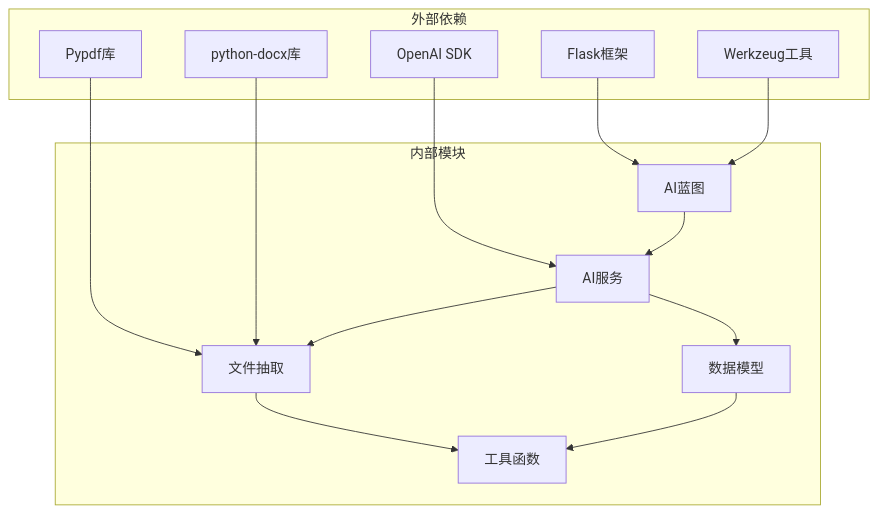
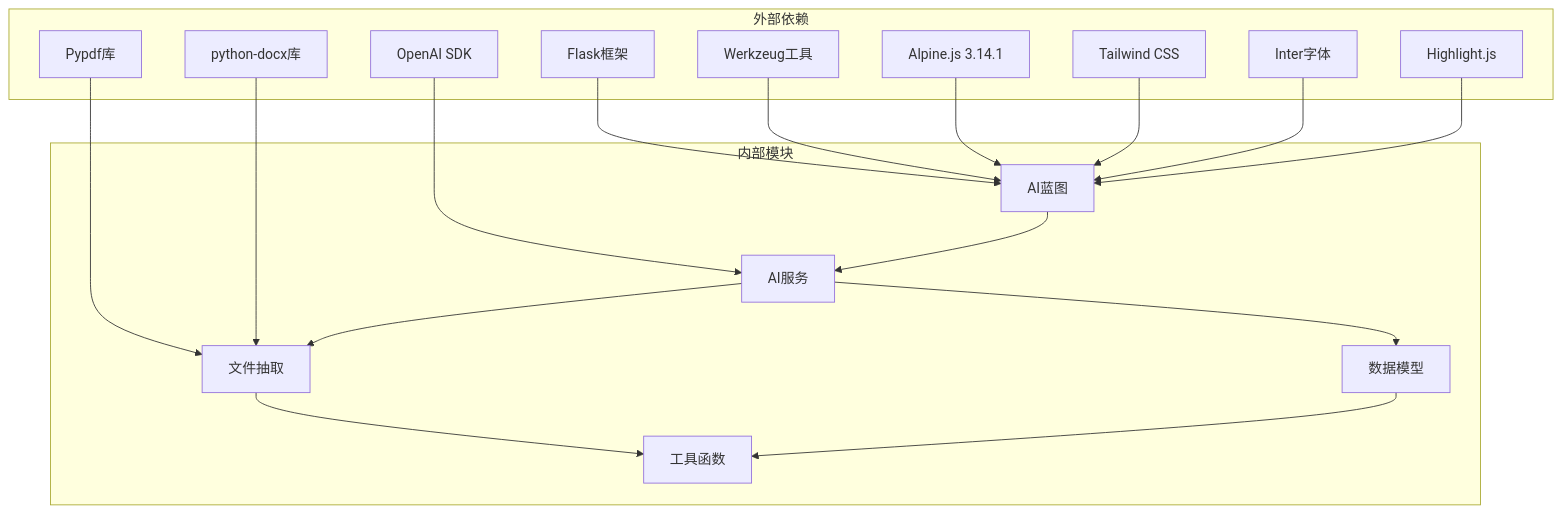
One commit to beyondalbert/my_wiki changed the seventh of 7 diagrams in .qoder/repowiki/zh/content/核心模块/AI知识库模块/AI知识库外部文件上传功能.md. Above: the diagram before and after it, drawn with Mermaid. The commit also changed other lines of this file and 2 other files, not shown here.

````diff
--- a/.qoder/repowiki/zh/content/核心模块/AI知识库模块/AI知识库外部文件上传功能.md
+++ b/.qoder/repowiki/zh/content/核心模块/AI知识库模块/AI知识库外部文件上传功能.md
@@ -306,27 +357,35 @@
 ```mermaid
 graph TB
 subgraph "外部依赖"
 Flask[Flask框架]
 OpenAI[OpenAI SDK]
 PyPDF[Pypdf库]
 Docx[python-docx库]
 Werkzeug[Werkzeug工具]
+Alpine[Alpine.js 3.14.1]
+Tailwind[Tailwind CSS]
+Inter[Inter字体]
+Highlight[Highlight.js]
 end
 subgraph "内部模块"
 Blueprint[AI蓝图]
 Service[AI服务]
 Extractor[文件抽取]
 Models[数据模型]
 Utils[工具函数]
 end
 Flask --> Blueprint
 OpenAI --> Service
 PyPDF --> Extractor
 Docx --> Extractor
 Werkzeug --> Blueprint
+Alpine --> Blueprint
+Tailwind --> Blueprint
+Inter --> Blueprint
+Highlight --> Blueprint
 Blueprint --> Service
 Service --> Extractor
 Service --> Models
 Extractor --> Utils
 Models --> Utils
 ```
````
